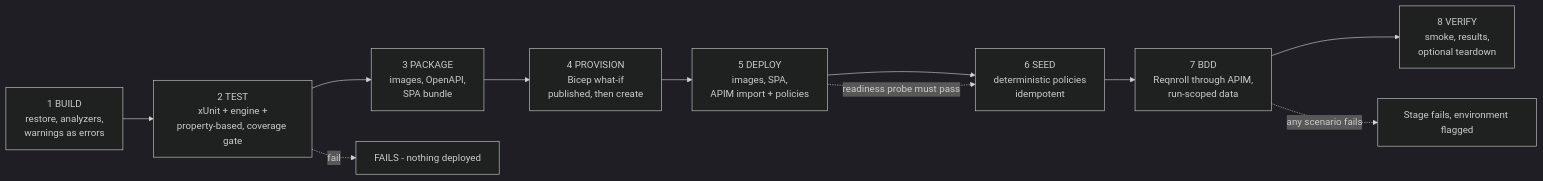
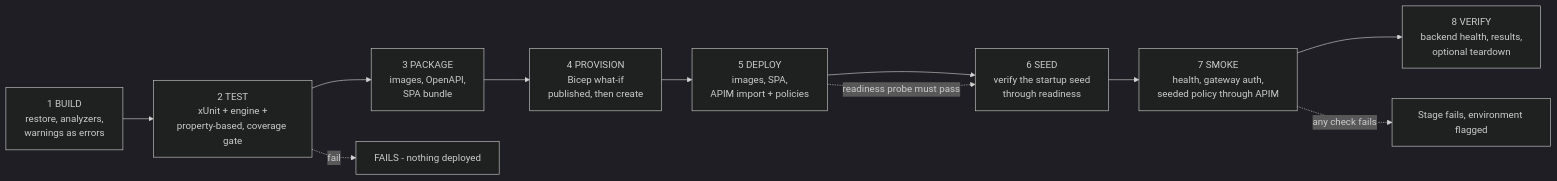
Diagram 21 of 22 in docs/solution-architecture.md (r4rad/coupon-service), drawn with Mermaid (dark theme) before and after one commit. The commit also changed other lines of this file and 5 other files, not shown here.

First line of the commit message:
Smoke the deployment in CD instead of re-running the BDD suite.

````diff
--- a/docs/solution-architecture.md
+++ b/docs/solution-architecture.md
@@ -1004,16 +1004,16 @@
 ```mermaid
 flowchart LR
     S1["1 BUILD<br/>restore, analyzers,<br/>warnings as errors"]
     S2["2 TEST<br/>xUnit + engine +<br/>property-based, coverage gate"]
     S3["3 PACKAGE<br/>images, OpenAPI,<br/>SPA bundle"]
     S4["4 PROVISION<br/>Bicep what-if<br/>published, then create"]
     S5["5 DEPLOY<br/>images, SPA,<br/>APIM import + policies"]
-    S6["6 SEED<br/>deterministic policies<br/>idempotent"]
-    S7["7 BDD<br/>Reqnroll through APIM,<br/>run-scoped data"]
-    S8["8 VERIFY<br/>smoke, results,<br/>optional teardown"]
+    S6["6 SEED<br/>verify the startup seed<br/>through readiness"]
+    S7["7 SMOKE<br/>health, gateway auth,<br/>seeded policy through APIM"]
+    S8["8 VERIFY<br/>backend health, results,<br/>optional teardown"]
 
     S1 --> S2 --> S3 --> S4 --> S5 --> S6 --> S7 --> S8
     S2 -.->|"fail"| X1["FAILS - nothing deployed"]
     S5 -.->|"readiness probe must pass"| S6
-    S7 -.->|"any scenario fails"| X2["Stage fails, environment flagged"]
+    S7 -.->|"any check fails"| X2["Stage fails, environment flagged"]
 ```
````
